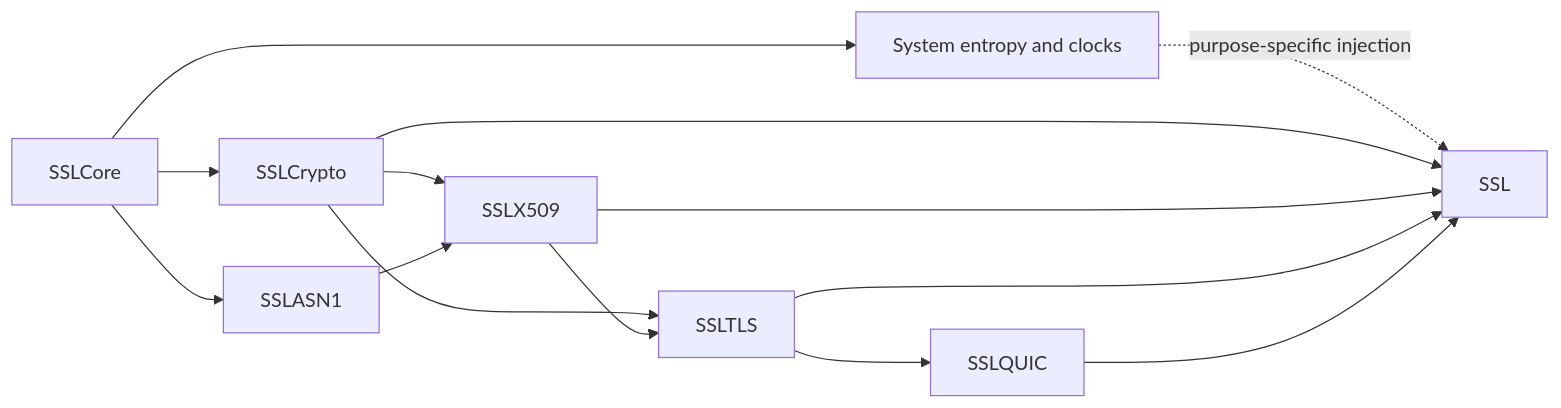
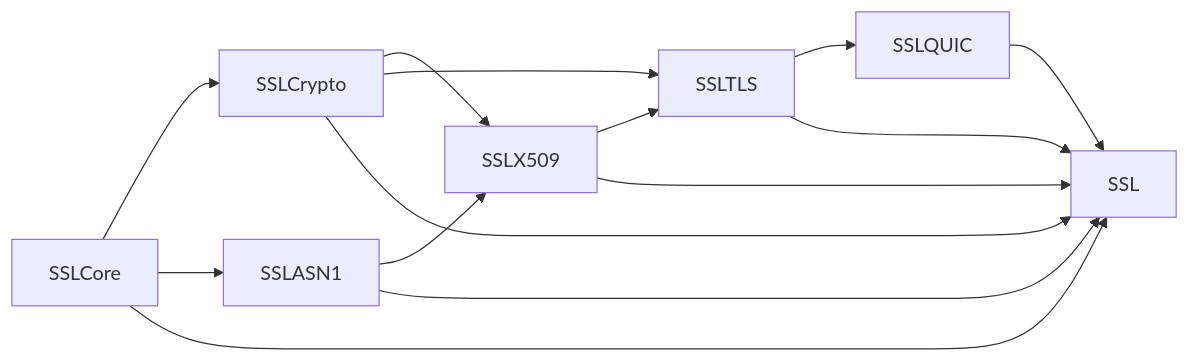
One commit to 1amageek/swift-ssl changed the diagram in README.md. Above: the diagram before and after it, drawn with Mermaid. The commit also changed other lines of this file, not shown here.

````diff
--- a/README.md
+++ b/README.md
@@ -16,16 +14,16 @@
 ```mermaid
 flowchart LR
     Core[SSLCore] --> Crypto[SSLCrypto]
     Core --> ASN1[SSLASN1]
     Crypto --> X509[SSLX509]
     ASN1 --> X509
     Crypto --> TLS[SSLTLS]
     X509 --> TLS
     TLS --> QUIC[SSLQUIC]
-    Core --> Adapters["System entropy and clocks"]
-    Adapters -. purpose-specific injection .-> Facade[SSL]
-    Crypto --> Facade
-    X509 --> Facade
-    TLS --> Facade
-    QUIC --> Facade
+    Core --> SSL[SSL]
+    Crypto --> SSL
+    ASN1 --> SSL
+    X509 --> SSL
+    TLS --> SSL
+    QUIC --> SSL
 ```
````
